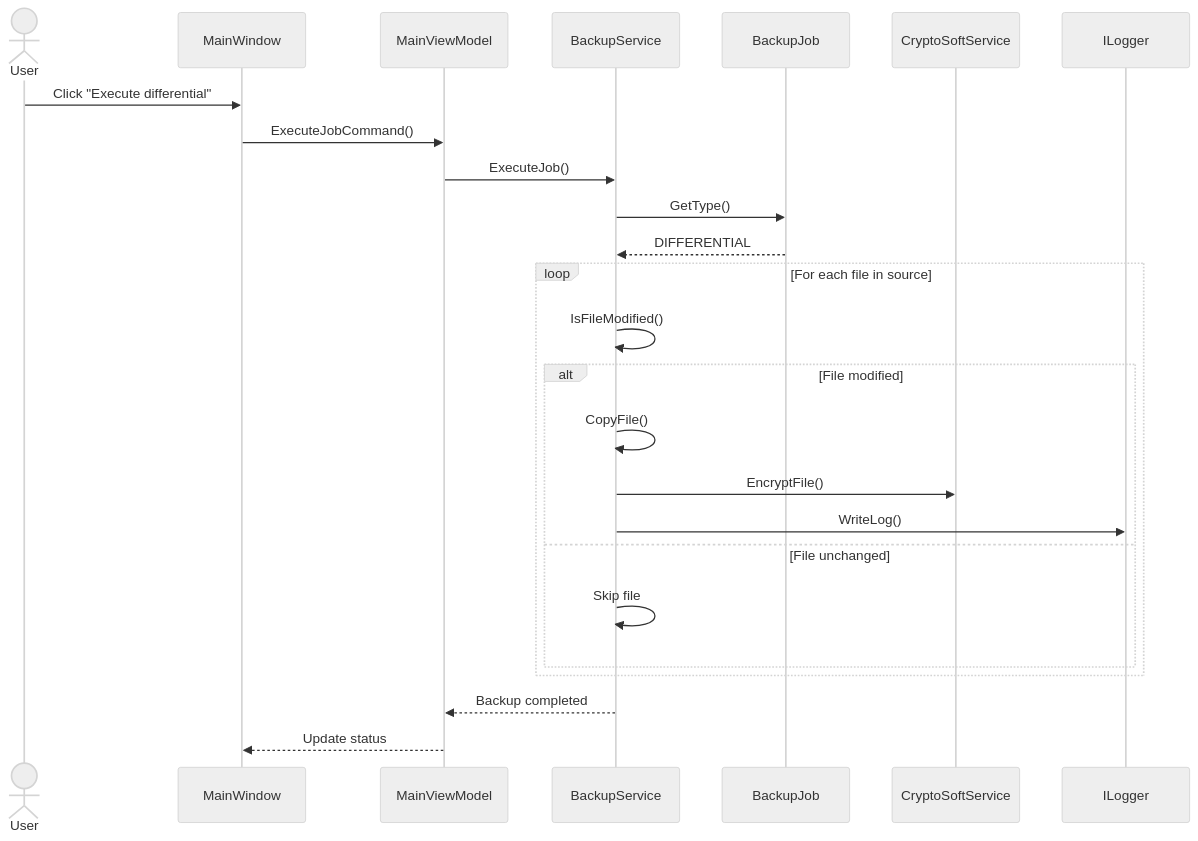
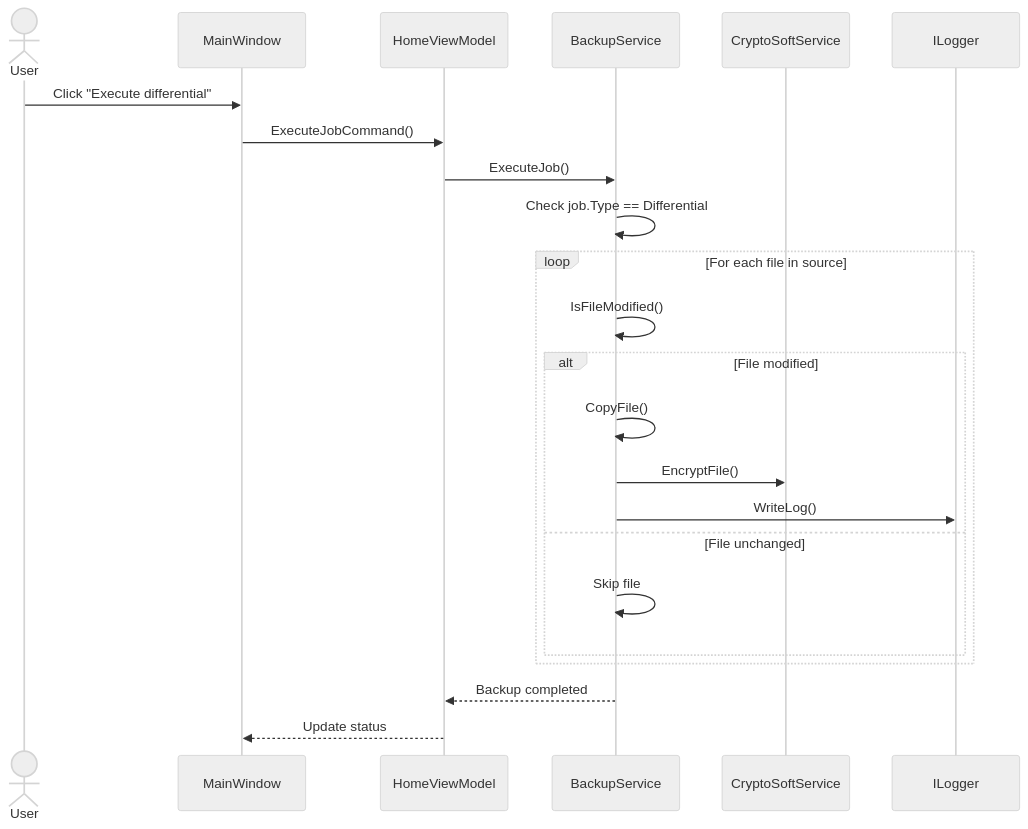
One commit to Groupe1-Prosoft/EasySave changed the seventh of 8 diagrams in Diagrams/UML.md. Above: the diagram before and after it, drawn with Mermaid (neutral theme). The commit also changed other lines of this file, not shown here.

Commit message:
Corrections of use case, class diagram and sequential diagram with the Alexandre Feddback on deliveable2

````diff
--- a/Diagrams/UML.md
+++ b/Diagrams/UML.md
@@ -358,32 +351,30 @@
 ```mermaid
 sequenceDiagram
     actor User
     participant MainWindow
-    participant MainViewModel
+    participant HomeViewModel
     participant BackupService
-    participant BackupJob
     participant CryptoSoftService
     participant ILogger
 
     User->>MainWindow: Click "Execute differential"
-    MainWindow->>MainViewModel: ExecuteJobCommand()
-    MainViewModel->>BackupService: ExecuteJob()
+    MainWindow->>HomeViewModel: ExecuteJobCommand()
+    HomeViewModel->>BackupService: ExecuteJob()
 
-    BackupService->>BackupJob: GetType()
-    BackupJob-->>BackupService: DIFFERENTIAL
+   BackupService->>BackupService: Check job.Type == Differential
 
     loop For each file in source
         BackupService->>BackupService: IsFileModified()
 
         alt File modified
             BackupService->>BackupService: CopyFile()
             BackupService->>CryptoSoftService: EncryptFile()
             BackupService->>ILogger: WriteLog()
         else File unchanged
             BackupService->>BackupService: Skip file
         end
     end
 
-    BackupService-->>MainViewModel: Backup completed
-    MainViewModel-->>MainWindow: Update status
+    BackupService-->>HomeViewModel: Backup completed
+    HomeViewModel-->>MainWindow: Update status
 ```
````
